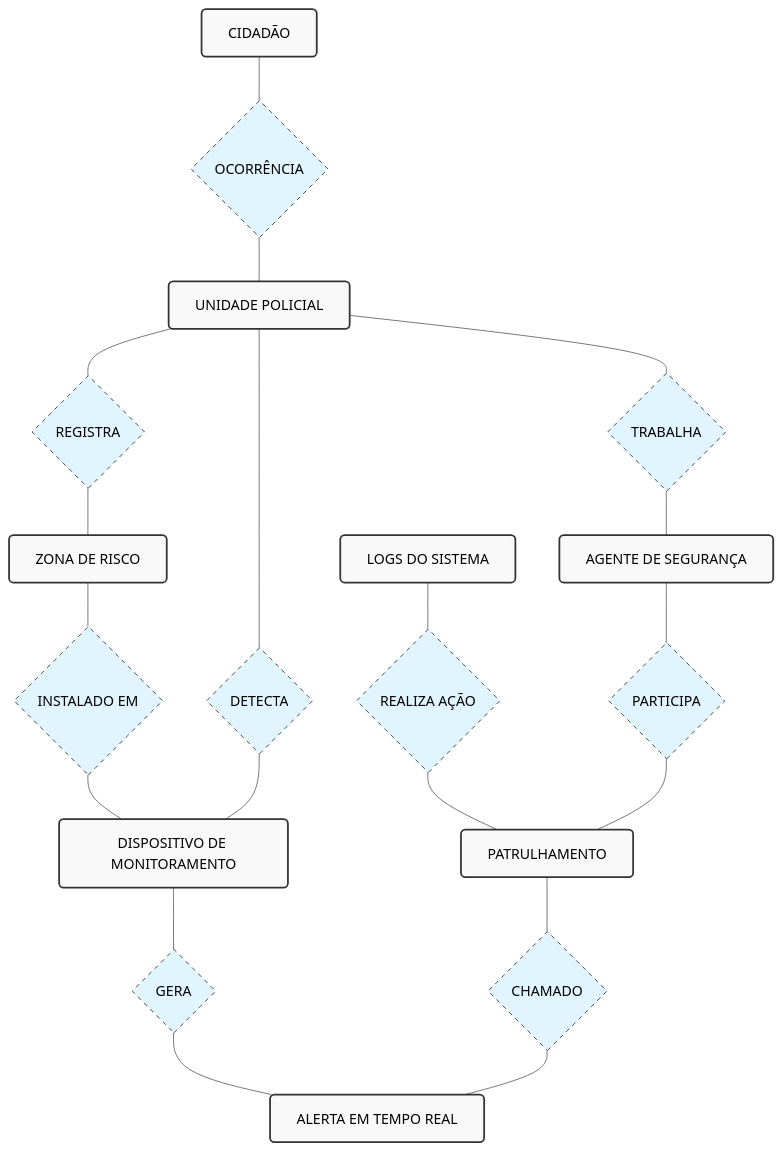
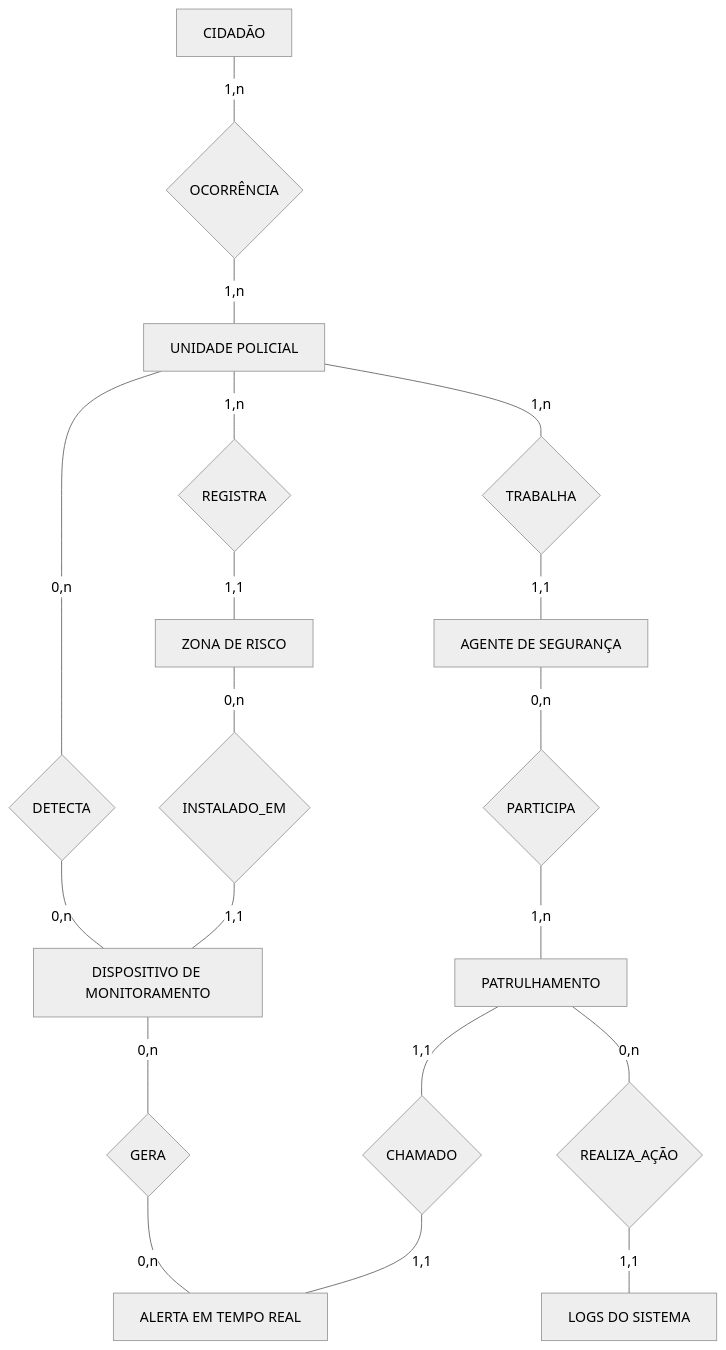
One commit to Talisom-santos/DesignProfissional_A1 changed the diagram in Repositorios_1Semestre/Modelagem de Banco de Dados/Modelo_Conceitual/README.md. Above: the diagram before and after it, drawn with Mermaid (neutral theme). The commit also changed other lines of this file, not shown here.

Commit message:
Improve README structure and Mermaid diagram styling
Refactor README to enhance diagram clarity and organization

````diff
--- a/Repositorios_1Semestre/Modelagem de Banco de Dados/Modelo_Conceitual/README.md
+++ b/Repositorios_1Semestre/Modelagem de Banco de Dados/Modelo_Conceitual/README.md
@@ -9,46 +9,51 @@
 ```mermaid
 graph TD;
     %% Entidades (Retângulos)
-    Cid[CIDADÃO]
-    Uni[UNIDADE POLICIAL]
-    Agente[AGENTE DE SEGURANÇA]
-    Logs[LOGS DO SISTEMA]
-    Patrulha[PATRULHAMENTO]
-    Zona[ZONA DE RISCO]
-    Disp[DISPOSITIVO DE MONITORAMENTO]
-    Alerta[ALERTA EM TEMPO REAL]
+    CID[CIDADÃO];
+    UP[UNIDADE POLICIAL];
+    AG[AGENTE DE SEGURANÇA];
+    ZR[ZONA DE RISCO];
+    DM[DISPOSITIVO DE MONITORAMENTO];
+    PAT[PATRULHAMENTO];
+    ALT[ALERTA EM TEMPO REAL];
+    LOG[LOGS DO SISTEMA];
 
     %% Relacionamentos (Losangos)
-    RelOcor{OCORRÊNCIA}
-    RelTrab{TRABALHA}
-    RelPart{PARTICIPA}
-    RelAcao{REALIZA AÇÃO}
-    RelReg{REGISTRA}
-    RelInst{INSTALADO EM}
-    RelDet{DETECTA}
-    RelGera{GERA}
-    RelCham{CHAMADO}
+    OC{OCORRÊNCIA};
+    TR{TRABALHA};
+    REG{REGISTRA};
+    DET{DETECTA};
+    PAR{PARTICIPA};
+    INS{INSTALADO_EM};
+    GER{GERA};
+    CHAM{CHAMADO};
+    RA{REALIZA_AÇÃO};
 
-    %% Conexões
-    Cid --- RelOcor --- Uni
-    Uni --- RelTrab --- Agente
-    
-    Logs --- RelAcao --- Patrulha
-    Agente --- RelPart --- Patrulha
-    
-    Uni --- RelReg --- Zona
-    Zona --- RelInst --- Disp
-    
-    %% Conexão longa (Unidade detecta Dispositivo)
-    Uni --- RelDet --- Disp
-    
-    Disp --- RelGera --- Alerta
-    Patrulha --- RelCham --- Alerta
+    %% Ligações e Cardinalidades
+    CID ---|1,n| OC;
+    OC ---|1,n| UP;
 
-    %% Estilização
-    classDef entidade fill:#f9f9f9,stroke:#333,stroke-width:2px,rx:5,ry:5;
-    classDef relacao fill:#e1f5fe,stroke:#333,stroke-width:1px,stroke-dasharray: 5 5,shape:diamond;
-    
-    class Cid,Uni,Agente,Logs,Patrulha,Zona,Disp,Alerta entidade;
-    class RelOcor,RelTrab,RelPart,RelAcao,RelReg,RelInst,RelDet,RelGera,RelCham relacao;
+    UP ---|1,n| TR;
+    TR ---|1,1| AG;
+
+    UP ---|1,n| REG;
+    REG ---|1,1| ZR;
+
+    UP ---|0,n| DET;
+    DET ---|0,n| DM;
+
+    AG ---|0,n| PAR;
+    PAR ---|1,n| PAT;
+
+    ZR ---|0,n| INS;
+    INS ---|1,1| DM;
+
+    DM ---|0,n| GER;
+    GER ---|0,n| ALT;
+
+    PAT ---|1,1| CHAM;
+    CHAM ---|1,1| ALT;
+
+    PAT ---|0,n| RA;
+    RA ---|1,1| LOG;
 ```
````
